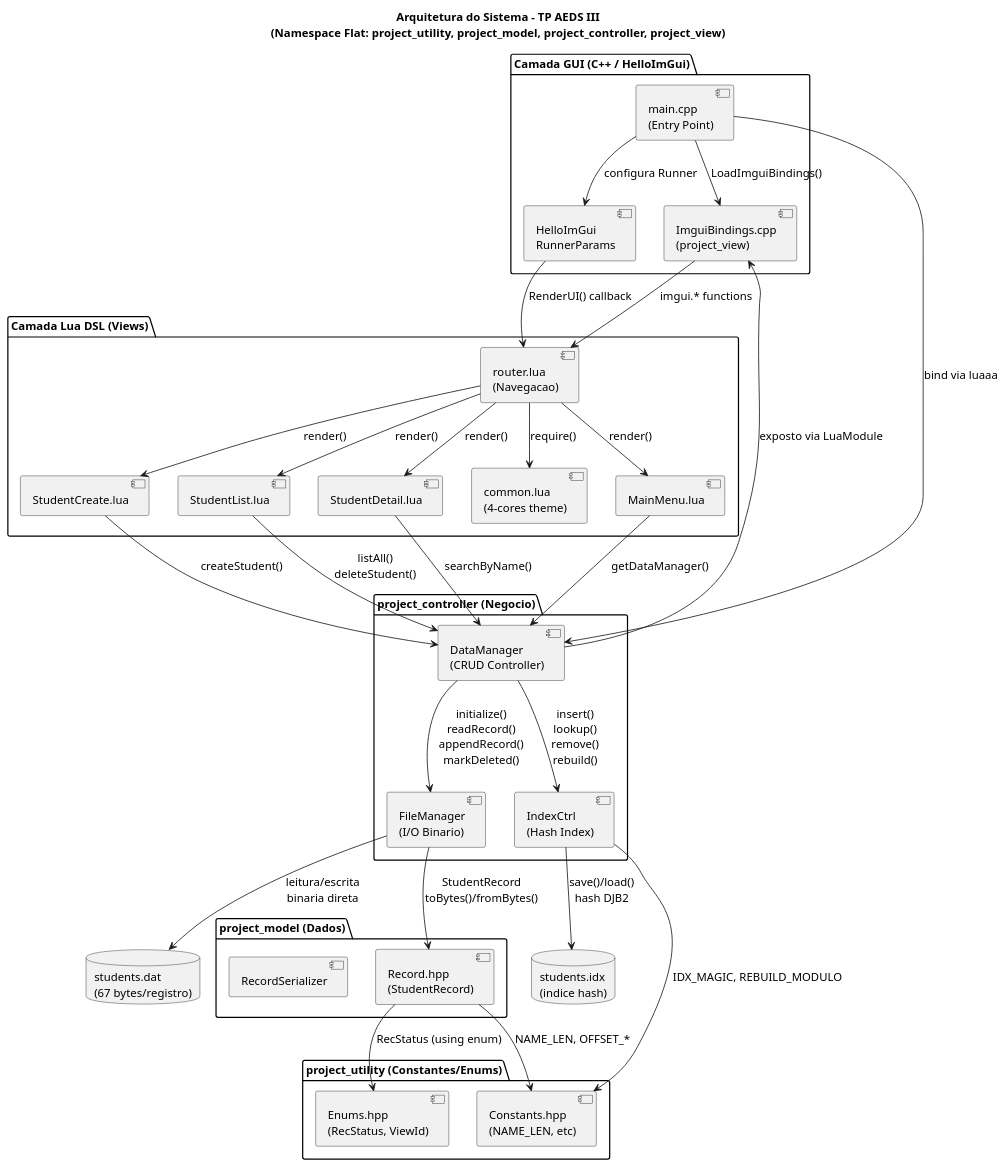
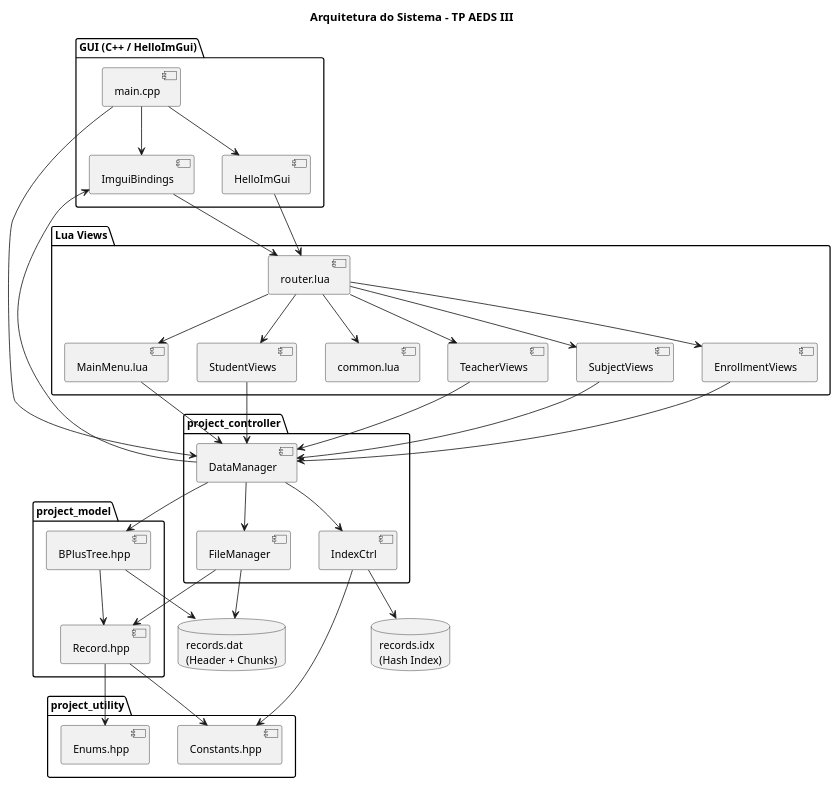
The diagram in docs/UML Diagrams/arquitetura_sistema.puml (tuliofh01/TP-AEDSIII), drawn with PlantUML before and after one commit. The commit also changed 31 other files, not shown here.

```diff
--- a/docs/UML Diagrams/arquitetura_sistema.puml
+++ b/docs/UML Diagrams/arquitetura_sistema.puml
@@ -1,78 +1,76 @@
 @startuml arquitetura_sistema
-' Diagrama de Arquitetura do Sistema - GUI com Lua DSL (MVC Flat)
+skinparam backgroundColor #FFFFFF
+skinparam defaultFontSize 13
 
-skinparam backgroundColor #FFFFFF
-skinparam defaultFontSize 14
+title Arquitetura do Sistema - TP AEDS III
 
-title Arquitetura do Sistema - TP AEDS III\n(Namespace Flat: project_utility, project_model, project_controller, project_view)
-
-package "Camada GUI (C++ / HelloImGui)" {
-    [main.cpp\n(Entry Point)] as main
-    [HelloImGui\nRunnerParams] as hello
-    [ImguiBindings.cpp\n(project_view)] as bindings
+package "GUI (C++ / HelloImGui)" {
+    [main.cpp] as main
+    [HelloImGui] as hello
+    [ImguiBindings] as bindings
 }
 
-package "Camada Lua DSL (Views)" {
-    [router.lua\n(Navegacao)] as router
-    [common.lua\n(4-cores theme)] as common
+package "Lua Views" {
+    [router.lua] as router
+    [common.lua] as common
     [MainMenu.lua] as menu
-    [StudentCreate.lua] as create
-    [StudentList.lua] as list
-    [StudentDetail.lua] as detail
+    [StudentViews] as stu
+    [TeacherViews] as tch
+    [SubjectViews] as sub
+    [EnrollmentViews] as enr
 }
 
-package "project_utility (Constantes/Enums)" {
-    [Constants.hpp\n(NAME_LEN, etc)] as const
-    [Enums.hpp\n(RecStatus, ViewId)] as enums
+package "project_utility" {
+    [Constants.hpp] as const
+    [Enums.hpp] as enums
 }
 
-package "project_model (Dados)" {
-    [Record.hpp\n(StudentRecord)] as model
-    [RecordSerializer] as serializer
+package "project_model" {
+    [Record.hpp] as model
+    [BPlusTree.hpp] as btree
 }
 
-package "project_controller (Negocio)" {
-    [DataManager\n(CRUD Controller)] as dm
-    [FileManager\n(I/O Binario)] as fm
-    [IndexCtrl\n(Hash Index)] as idx
+package "project_controller" {
+    [DataManager] as dm
+    [FileManager] as fm
+    [IndexCtrl] as idx
 }
 
-database "students.dat\n(67 bytes/registro)" as dat
-database "students.idx\n(indice hash)" as idxfile
+database "records.dat\n(Header + Chunks)" as dat
+database "records.idx\n(Hash Index)" as idxfile
 
-' Fluxo principal
-main --> hello : configura Runner
-main --> bindings : LoadImguiBindings()
-main --> dm : bind via luaaa
-hello --> router : RenderUI() callback
-bindings --> router : imgui.* functions
-dm --> bindings : exposto via LuaModule
+main --> hello
+main --> bindings
+main --> dm
+hello --> router
+bindings --> router
+dm --> bindings
 
-' Lua views
-router --> common : require()
-router --> menu : render()
-router --> create : render()
-router --> list : render()
-router --> detail : render()
+router --> menu
+router --> stu
+router --> tch
+router --> sub
+router --> enr
+router --> common
 
-' CRUD
-menu --> dm : getDataManager()
-create --> dm : createStudent()
-list --> dm : listAll()\ndeleteStudent()
-detail --> dm : searchByName()
+menu --> dm
+stu --> dm
+tch --> dm
+sub --> dm
+enr --> dm
 
-' Dependencies
-dm --> fm : initialize()\nreadRecord()\nappendRecord()\nmarkDeleted()
-dm --> idx : insert()\nlookup()\nremove()\nrebuild()
+dm --> fm
+dm --> idx
+dm --> btree
 
-' Utility/Model dependencies
-fm --> model : StudentRecord\ntoBytes()/fromBytes()
-model --> const : NAME_LEN, OFFSET_*
-model --> enums : RecStatus (using enum)
-idx --> const : IDX_MAGIC, REBUILD_MODULO
+fm --> model
+model --> const
+model --> enums
+idx --> const
+btree --> model
 
-' Persistencia
-fm --> dat : leitura/escrita\nbinaria direta
-idx --> idxfile : save()/load()\nhash DJB2
+fm --> dat
+idx --> idxfile
+btree --> dat
 
 @enduml
```
